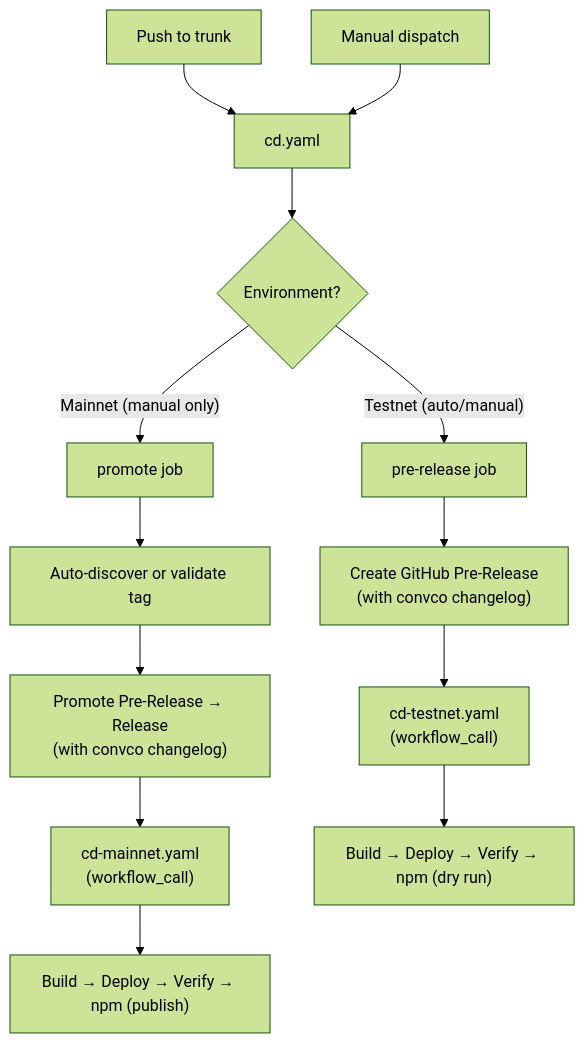
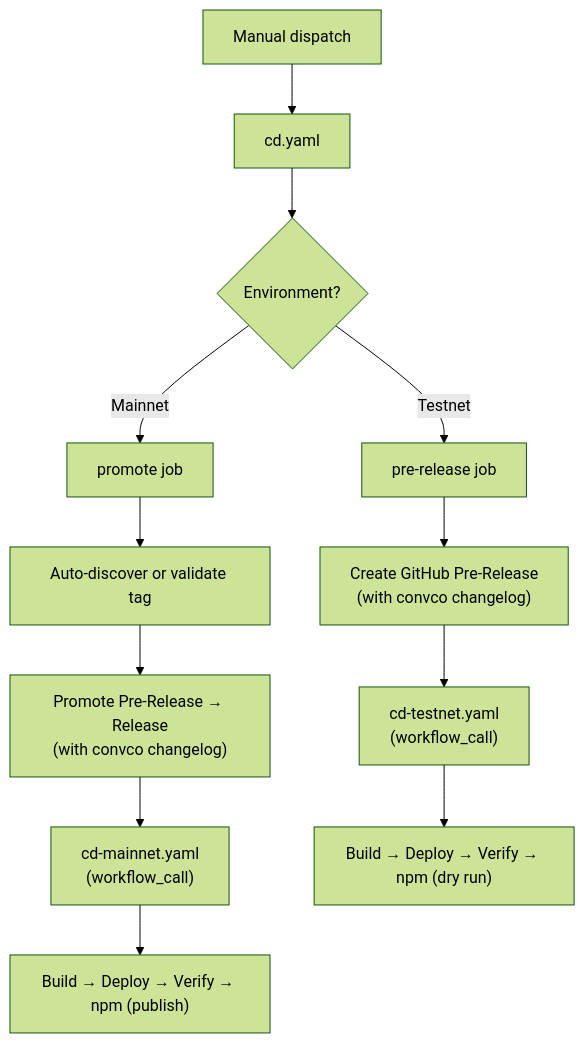
Before and after one commit to irken-empire/ic-siwa: the first of 3 diagrams in docs/ci-cd.md, drawn with Mermaid (forest theme). The commit also changed other lines of this file and 1 other file, not shown here.

Commit message:
fix(ci): release process

````diff
--- a/docs/ci-cd.md
+++ b/docs/ci-cd.md
@@ -5,19 +5,18 @@
 ```mermaid
 graph TD
-    A["Push to trunk"] --> B["cd.yaml"]
-    C["Manual dispatch"] --> B
+    C["Manual dispatch"] --> B["cd.yaml"]
 
     B --> D{"Environment?"}
-    D -->|"Testnet (auto/manual)"| E["pre-release job"]
-    D -->|"Mainnet (manual only)"| F["promote job"]
+    D -->|"Testnet"| E["pre-release job"]
+    D -->|"Mainnet"| F["promote job"]
 
     E --> G["Create GitHub Pre-Release<br/>(with convco changelog)"]
     G --> H["cd-testnet.yaml<br/>(workflow_call)"]
 
     F --> I["Auto-discover or validate tag"]
     I --> J["Promote Pre-Release → Release<br/>(with convco changelog)"]
     J --> K["cd-mainnet.yaml<br/>(workflow_call)"]
 
     H --> L["Build → Deploy → Verify → npm (dry run)"]
     K --> M["Build → Deploy → Verify → npm (publish)"]
 ```
````
